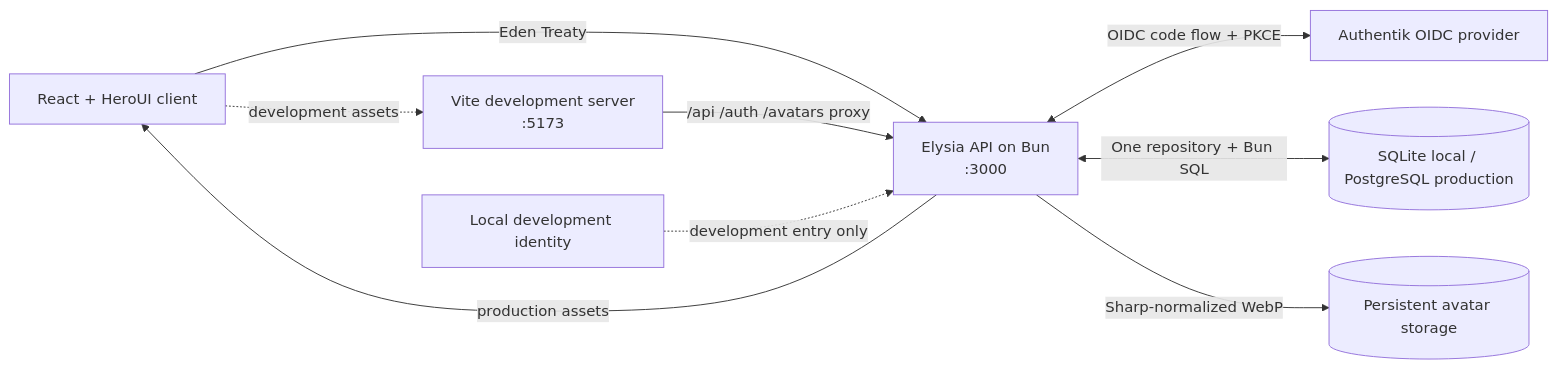
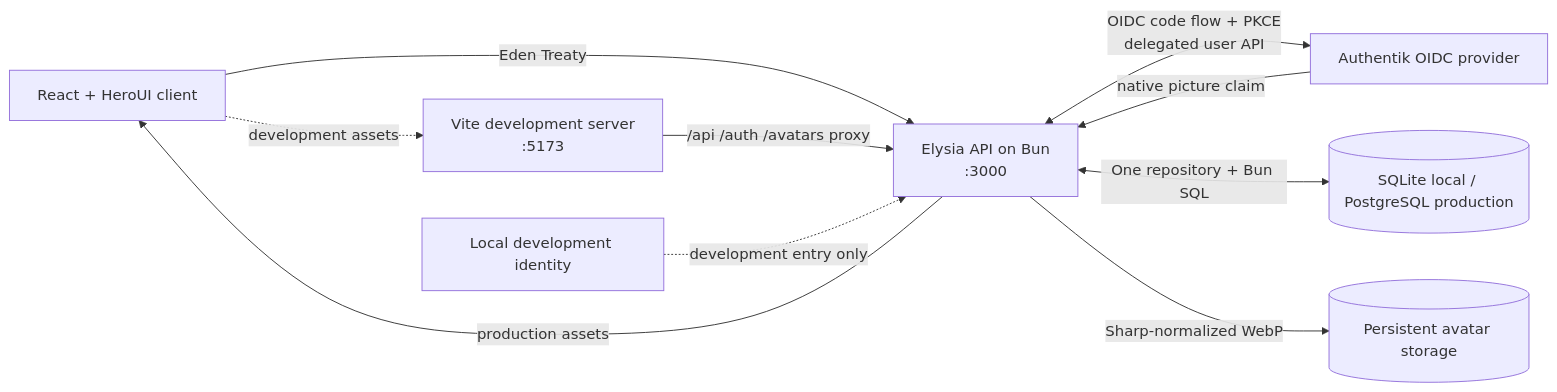
One commit to kedar42/homelab-profile changed the diagram in README.md. Above: the diagram before and after it, drawn with Mermaid. The commit also changed other lines of this file and 20 other files, not shown here.

````diff
--- a/README.md
+++ b/README.md
@@ -11,19 +11,21 @@
 ```mermaid
 flowchart LR
     Browser[React + HeroUI client]
     Vite[Vite development server\n:5173]
     API[Elysia API on Bun\n:3000]
     Auth[Authentik OIDC provider]
     DevIdentity[Local development identity]
     DB[(SQLite local / PostgreSQL production)]
     Files[(Persistent avatar storage)]
 
     Browser -->|Eden Treaty| API
     Browser -. development assets .-> Vite
     Vite -->|/api /auth /avatars proxy| API
-    API <-->|OIDC code flow + PKCE| Auth
+    API <-->|OIDC code flow + PKCE
+    delegated user API| Auth
+    Auth -->|native picture claim| API
     DevIdentity -. development entry only .-> API
     API <-->|One repository + Bun SQL| DB
     API -->|Sharp-normalized WebP| Files
     API -->|production assets| Browser
 ```
````
